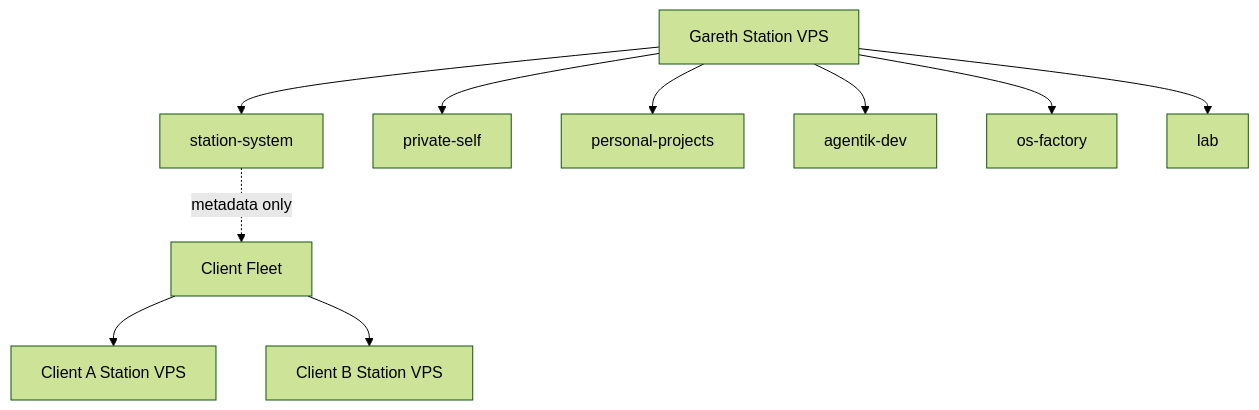
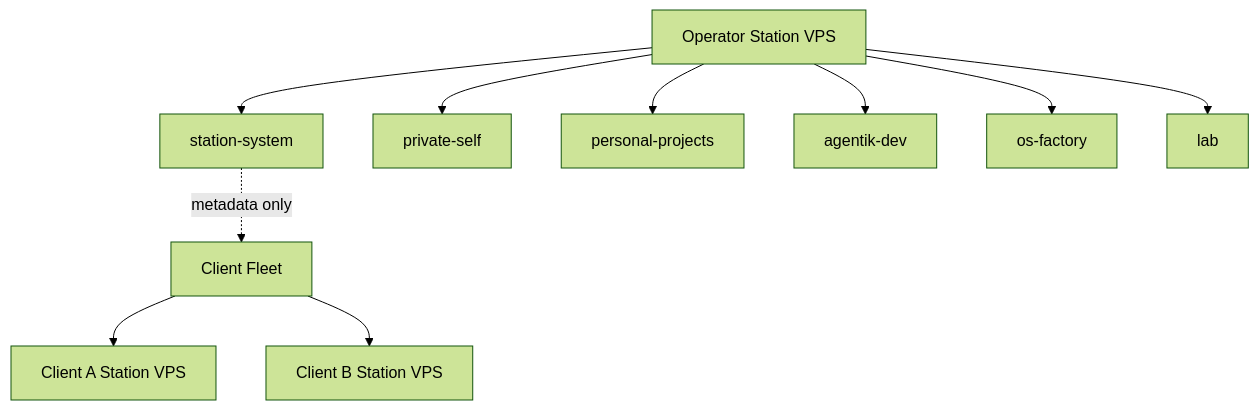
The diagram in docs/diagrams/14_STATION_VPS_TRUST_ZONES.mmd (agentik-os/agentik-station), drawn with Mermaid (forest theme) before and after one commit. The commit also changed 705 other files, not shown here.

```diff
--- a/docs/diagrams/14_STATION_VPS_TRUST_ZONES.mmd
+++ b/docs/diagrams/14_STATION_VPS_TRUST_ZONES.mmd
@@ -1,11 +1,11 @@
 flowchart TB
-  VPS[Gareth Station VPS]
+  VPS[Operator Station VPS]
   VPS --> SYS[station-system]
   VPS --> PRIV[private-self]
   VPS --> PROJ[personal-projects]
   VPS --> DEV[agentik-dev]
   VPS --> FACT[os-factory]
   VPS --> LAB[lab]
   FLEET[Client Fleet] --> C1[Client A Station VPS]
   FLEET --> C2[Client B Station VPS]
   SYS -. metadata only .-> FLEET
```
